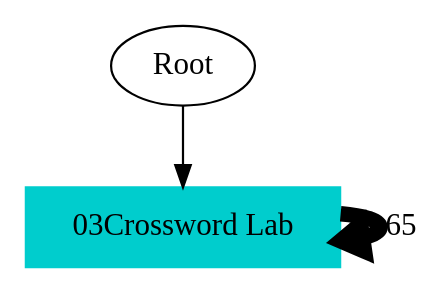
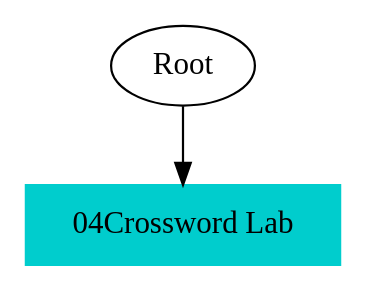
Before and after one commit to mypstom/robotide: the diagram in TS2TS.gv, drawn with Graphviz. The commit also changed 22 other files, not shown here.

Commit message:
1. TC UK C圖 修正(By 學姊的 component 數)   1. 插入隱形點讓圖變好看(使K的level為1 C的level為2)， Node 是隱形的

```diff
--- a/TS2TS.gv
+++ b/TS2TS.gv
@@ -1,7 +1,6 @@
 // TS <-> TS
 digraph {
 	Root
-	"03Crossword Lab" [color=cyan3 shape=box style=filled]
-		Root -> "03Crossword Lab"
-		"03Crossword Lab" -> "03Crossword Lab" [label=65 penwidth=7.02236781303]
+	"04Crossword Lab" [color=cyan3 shape=box style=filled]
+		Root -> "04Crossword Lab"
 }
```
